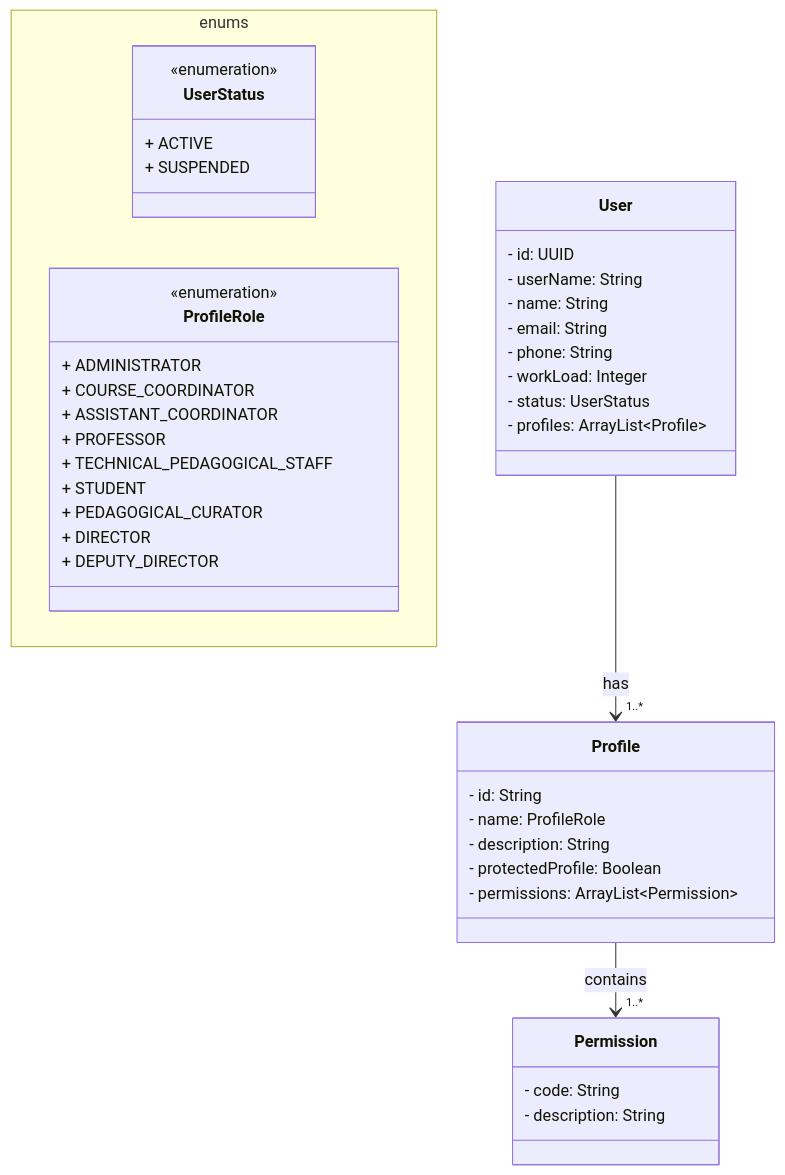
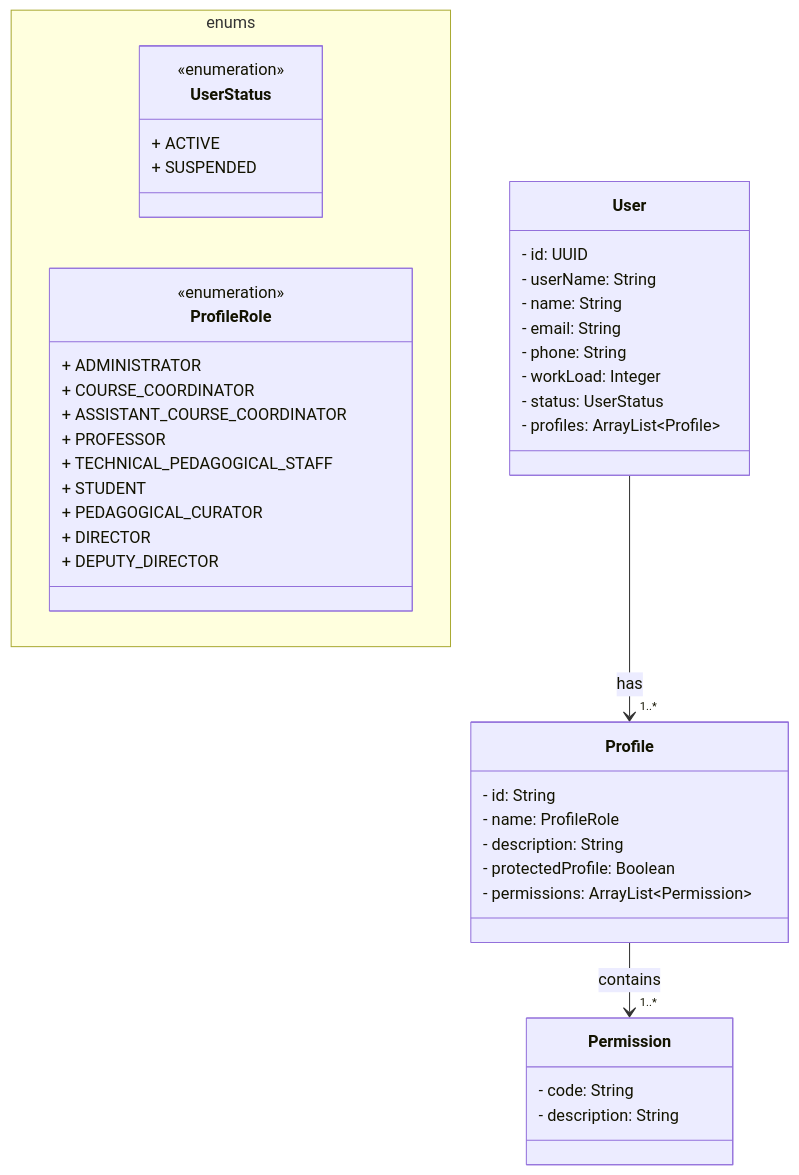
One commit to Hafyki/SOCC-fullstack changed the diagram in README.md. Above: the diagram before and after it, drawn with Mermaid.

````diff
--- a/README.md
+++ b/README.md
@@ -18,51 +18,51 @@
 ```mermaid
 classDiagram
 direction TB
 	namespace enums {
         class UserStatus {
             + ACTIVE
             + SUSPENDED
         }
 
         class ProfileRole {
             + ADMINISTRATOR
             + COURSE_COORDINATOR
-            + ASSISTANT_COORDINATOR
+            + ASSISTANT_COURSE_COORDINATOR
             + PROFESSOR
             + TECHNICAL_PEDAGOGICAL_STAFF
             + STUDENT
             + PEDAGOGICAL_CURATOR
             + DIRECTOR
             + DEPUTY_DIRECTOR
         }
 	}
 
     class User {
 	    - id: UUID
 	    - userName: String
 	    - name: String
 	    - email: String
 	    - phone: String
 	    - workLoad: Integer
 	    - status: UserStatus
 	    - profiles: ArrayList~Profile~
     }
     class Profile {
 	    - id: String
 	    - name: ProfileRole
 	    - description: String
 	    - protectedProfile: Boolean
 	    - permissions: ArrayList~Permission~
     }
     
     class Permission {
         - code: String
         - description: String
     }
     
 	<<enumeration>> UserStatus
 	<<enumeration>> ProfileRole
 
     User --> "1..*" Profile : has
     Profile --> "1..*" Permission : contains
 ```
````
